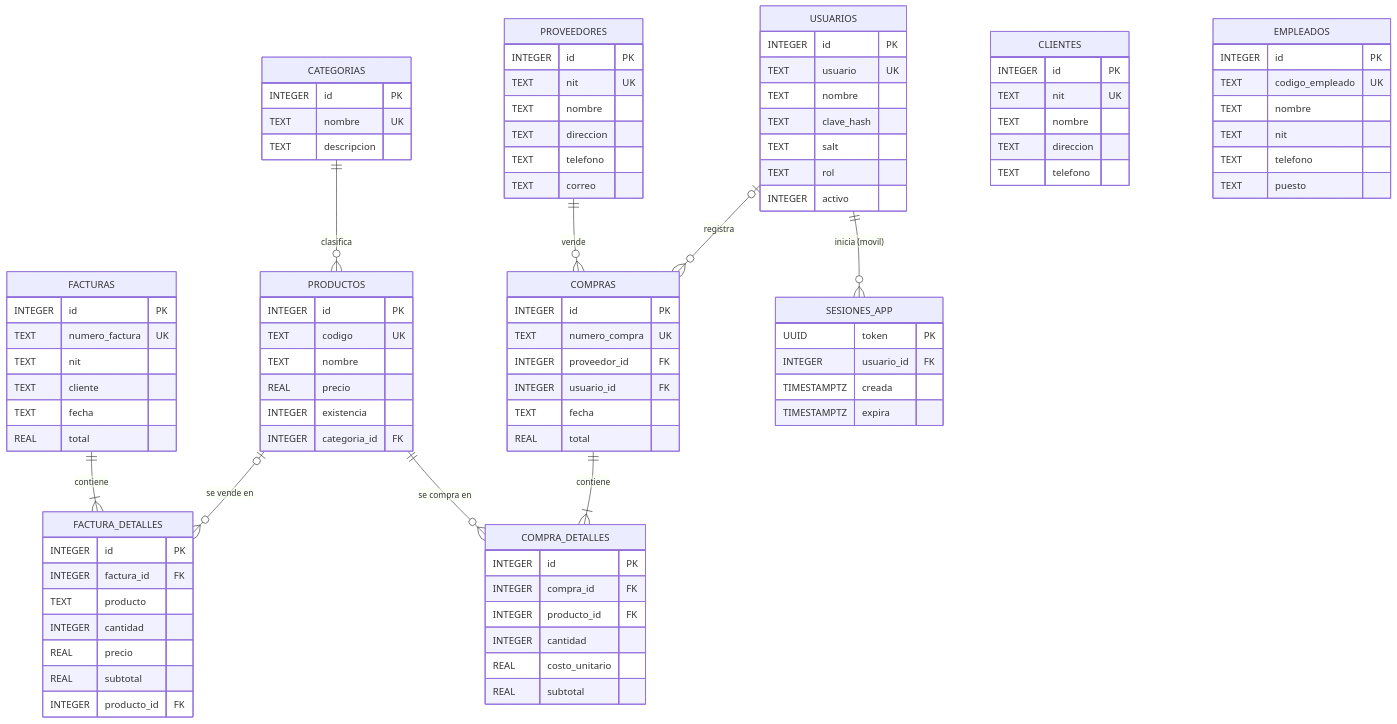
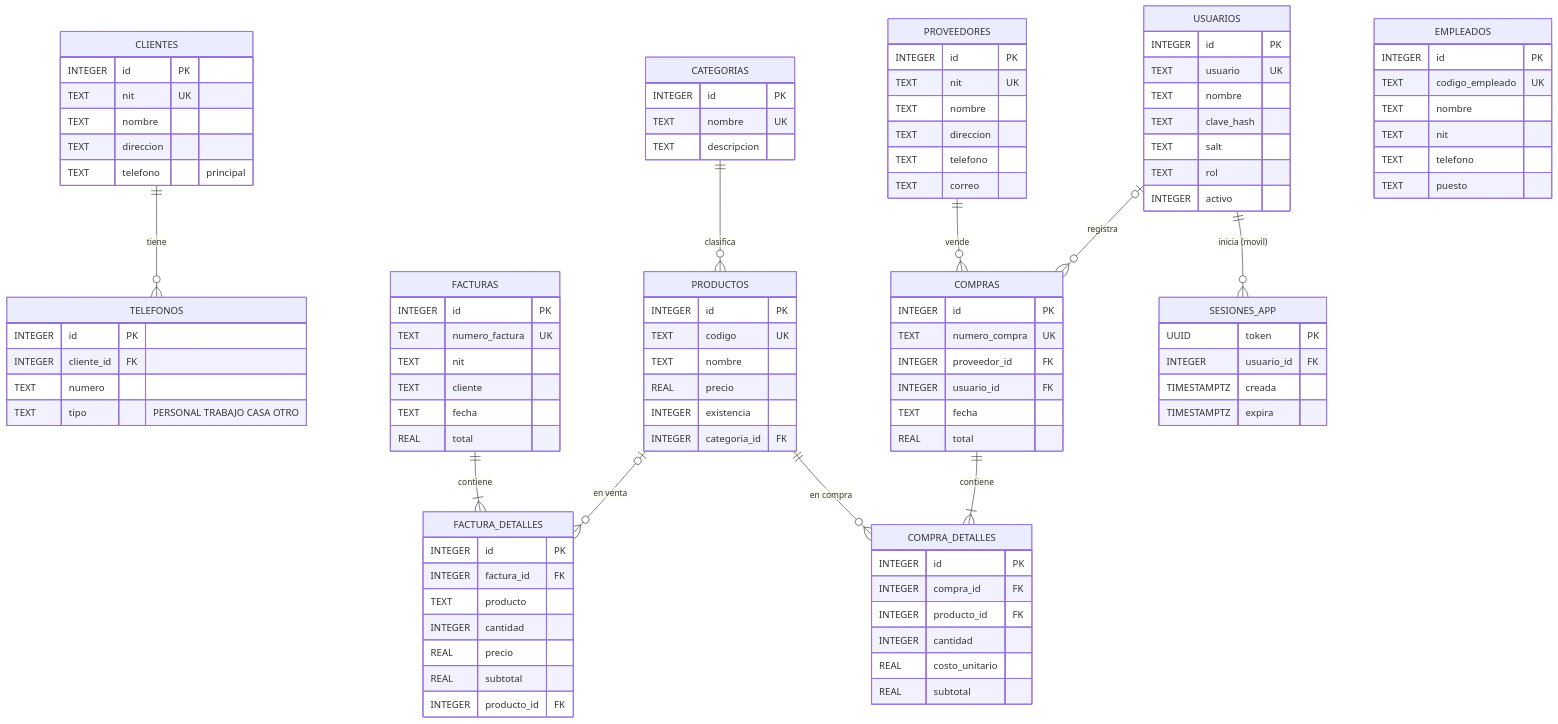
Before and after one commit to jzetinob/sistema-ventas: the diagram in docs/diagramas/diagrama-entidad-relacion.md, drawn with Mermaid. The commit also changed other lines of this file and 14 other files, not shown here.

First line of the commit message:
Docs: fase 18 (varios telefonos por cliente) en manuales, diagramas e historial

````diff
--- a/docs/diagramas/diagrama-entidad-relacion.md
+++ b/docs/diagramas/diagrama-entidad-relacion.md
@@ -7,12 +7,13 @@
 ```mermaid
 erDiagram
+    CLIENTES ||--o{ TELEFONOS : "tiene"
     CATEGORIAS ||--o{ PRODUCTOS : "clasifica"
-    PRODUCTOS ||--o{ COMPRA_DETALLES : "se compra en"
+    PRODUCTOS ||--o{ COMPRA_DETALLES : "en compra"
     PROVEEDORES ||--o{ COMPRAS : "vende"
     USUARIOS |o--o{ COMPRAS : "registra"
     COMPRAS ||--|{ COMPRA_DETALLES : "contiene"
     FACTURAS ||--|{ FACTURA_DETALLES : "contiene"
-    PRODUCTOS |o--o{ FACTURA_DETALLES : "se vende en"
+    PRODUCTOS |o--o{ FACTURA_DETALLES : "en venta"
     USUARIOS ||--o{ SESIONES_APP : "inicia (movil)"
 
     CATEGORIAS {
@@ -33,7 +34,13 @@
         TEXT nit UK
         TEXT nombre
         TEXT direccion
-        TEXT telefono
+        TEXT telefono "principal"
+    }
+    TELEFONOS {
+        INTEGER id PK
+        INTEGER cliente_id FK
+        TEXT numero
+        TEXT tipo "PERSONAL TRABAJO CASA OTRO"
     }
     EMPLEADOS {
         INTEGER id PK
````
